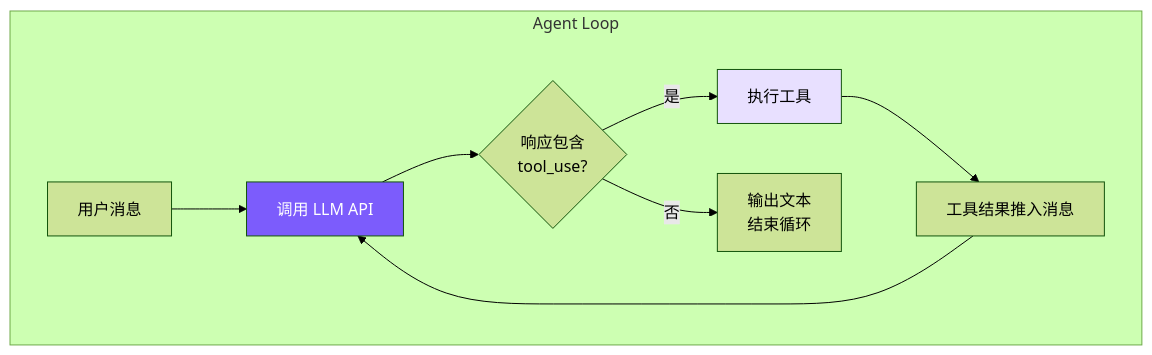
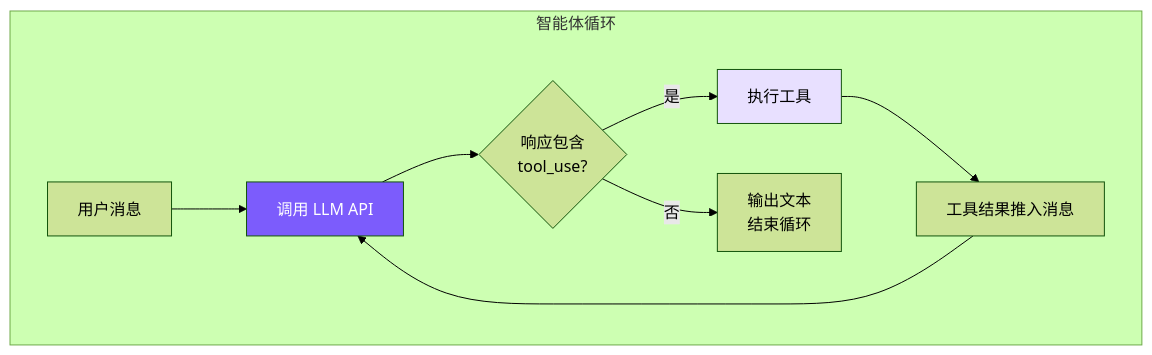
Before and after one commit to Kellin233/nano_code: the diagram in docs/01-agent-loop.md, drawn with Mermaid (forest theme). The commit also changed other lines of this file and 114 other files, not shown here.

````diff
--- a/docs/01-agent-loop.md
+++ b/docs/01-agent-loop.md
@@ -7,14 +9,14 @@
 ```mermaid
 graph TB
-    subgraph Agent Loop
+    subgraph 智能体循环
         A[用户消息] --> B[调用 LLM API]
         B --> C{响应包含<br/>tool_use?}
         C -->|是| D[执行工具]
         D --> E[工具结果推入消息]
         E --> B
         C -->|否| F[输出文本<br/>结束循环]
     end
 
     style B fill:#7c5cfc,color:#fff
     style D fill:#e8e0ff
 ```
````
